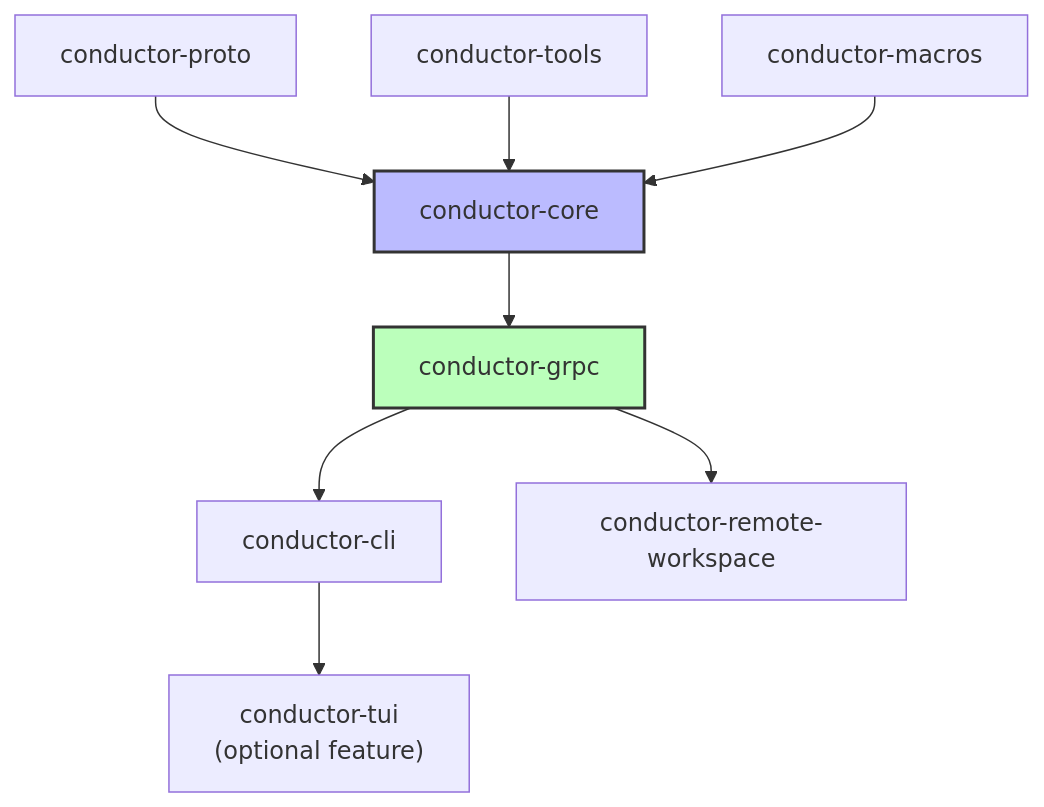
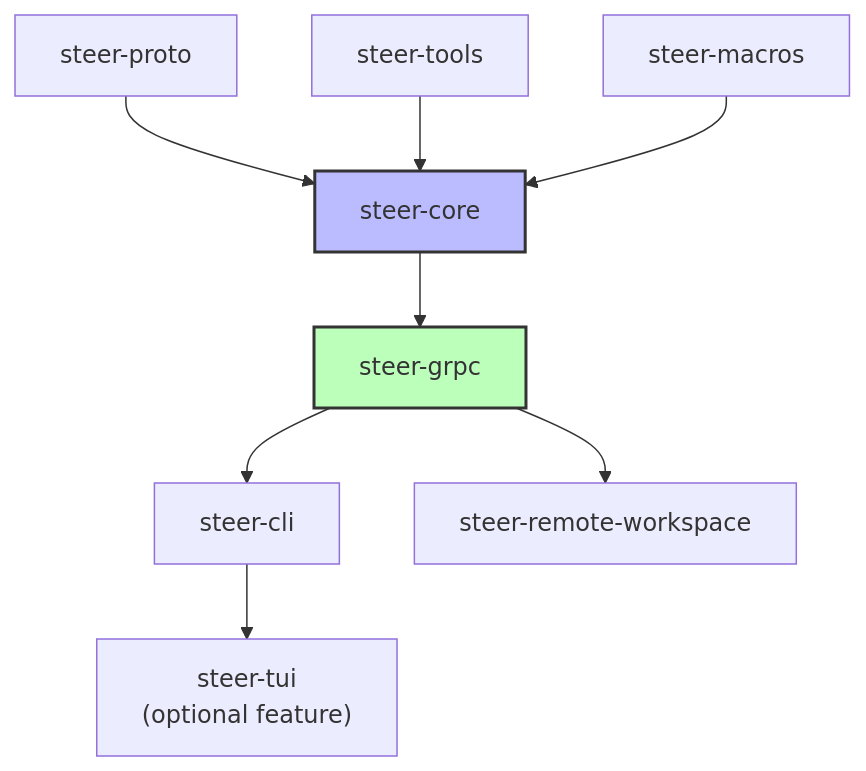
One commit to BrendanGraham14/steer changed the seventh of 7 diagrams in ARCHITECTURE.md. Above: the diagram before and after it, drawn with Mermaid. The commit also changed other lines of this file and 424 other files, not shown here.

Commit message:
chore: conductor -> steer

````diff
--- a/ARCHITECTURE.md
+++ b/ARCHITECTURE.md
@@ -339,22 +339,22 @@
 ```mermaid
 graph TD
-    proto[conductor-proto]
-    tools[conductor-tools]
-    macros[conductor-macros]
-    core[conductor-core]
-    grpc[conductor-grpc]
-    cli[conductor-cli]
-    remote[conductor-remote-workspace]
-    tui["conductor-tui<br/>(optional feature)"]
+    proto[steer-proto]
+    tools[steer-tools]
+    macros[steer-macros]
+    core[steer-core]
+    grpc[steer-grpc]
+    cli[steer-cli]
+    remote[steer-remote-workspace]
+    tui["steer-tui<br/>(optional feature)"]
     
     proto --> core
     tools --> core
     macros --> core
     core --> grpc
     grpc --> cli
     grpc --> remote
     cli --> tui
     
     style core fill:#bbf,stroke:#333,stroke-width:2px
     style grpc fill:#bfb,stroke:#333,stroke-width:2px
 ```
````
